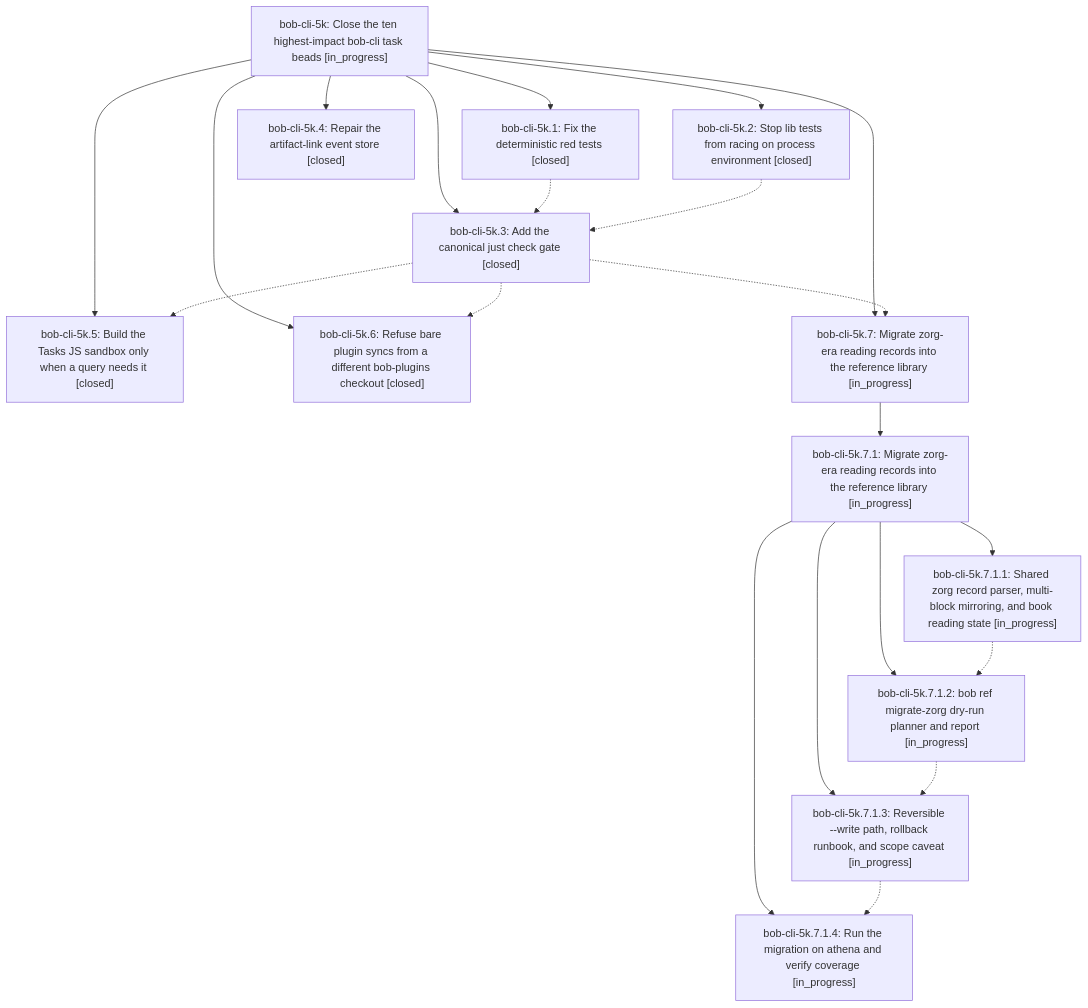
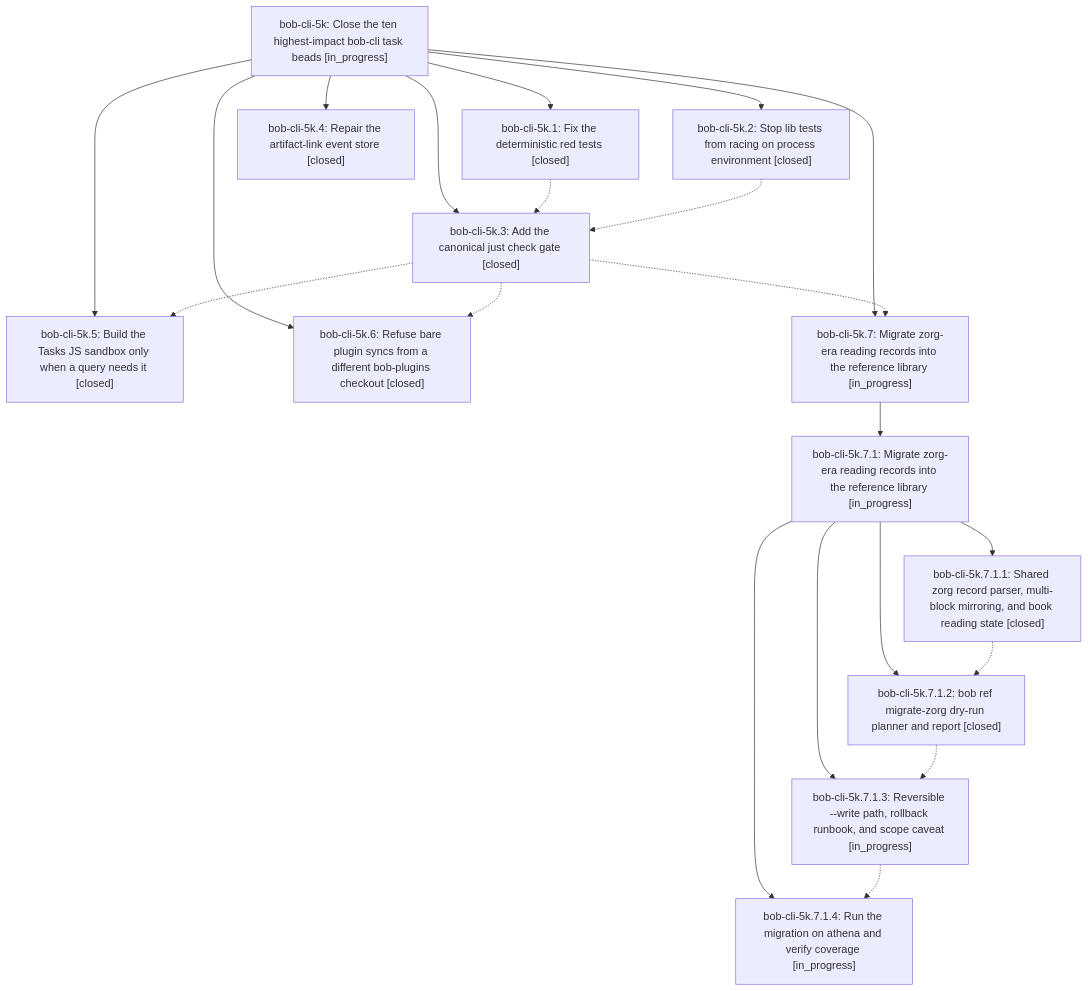
Before and after one commit to bobs-org/bob-cli--beads: the diagram in pages/bob-cli-5k/README.md, drawn with Mermaid. The commit also changed other lines of this file and 4 other files, not shown here.

First line of the commit message:
chore(beads): sync bead state and pages for bob-cli-5k

````diff
--- a/pages/bob-cli-5k/README.md
+++ b/pages/bob-cli-5k/README.md
@@ -44,36 +44,36 @@
 ```mermaid
 flowchart TD
     n0["bob-cli-5k: Close the ten highest-impact bob-cli task beads [in_progress]"]
     n1["bob-cli-5k.1: Fix the deterministic red tests [closed]"]
     n2["bob-cli-5k.2: Stop lib tests from racing on process environment [closed]"]
     n3["bob-cli-5k.3: Add the canonical just check gate [closed]"]
     n4["bob-cli-5k.4: Repair the artifact-link event store [closed]"]
     n5["bob-cli-5k.5: Build the Tasks JS sandbox only when a query needs it [closed]"]
     n6["bob-cli-5k.6: Refuse bare plugin syncs from a different bob-plugins checkout [closed]"]
     n7["bob-cli-5k.7: Migrate zorg-era reading records into the reference library [in_progress]"]
     n8["bob-cli-5k.7.1: Migrate zorg-era reading records into the reference library [in_progress]"]
-    n9["bob-cli-5k.7.1.1: Shared zorg record parser, multi-block mirroring, and book reading state [in_progress]"]
-    n10["bob-cli-5k.7.1.2: bob ref migrate-zorg dry-run planner and report [in_progress]"]
+    n9["bob-cli-5k.7.1.1: Shared zorg record parser, multi-block mirroring, and book reading state [closed]"]
+    n10["bob-cli-5k.7.1.2: bob ref migrate-zorg dry-run planner and report [closed]"]
     n11["bob-cli-5k.7.1.3: Reversible --write path, rollback runbook, and scope caveat [in_progress]"]
     n12["bob-cli-5k.7.1.4: Run the migration on athena and verify coverage [in_progress]"]
     n0 --> n1
     n0 --> n2
     n0 --> n3
     n0 --> n4
     n0 --> n5
     n0 --> n6
     n0 --> n7
     n7 --> n8
     n8 --> n9
     n8 --> n10
     n8 --> n11
     n8 --> n12
     n1 -.-> n3
     n2 -.-> n3
     n3 -.-> n5
     n3 -.-> n6
     n3 -.-> n7
     n9 -.-> n10
     n10 -.-> n11
     n11 -.-> n12
 ```
````
